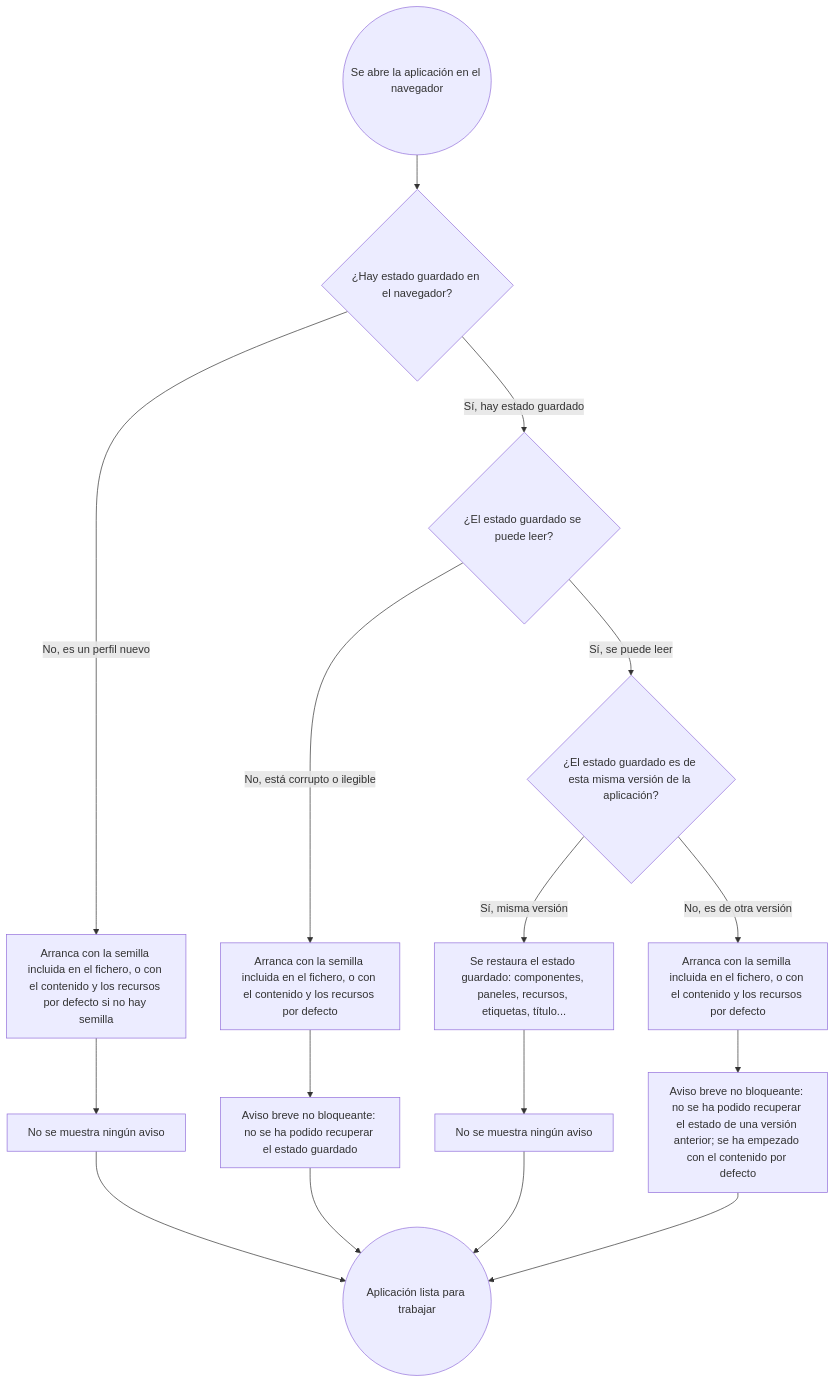
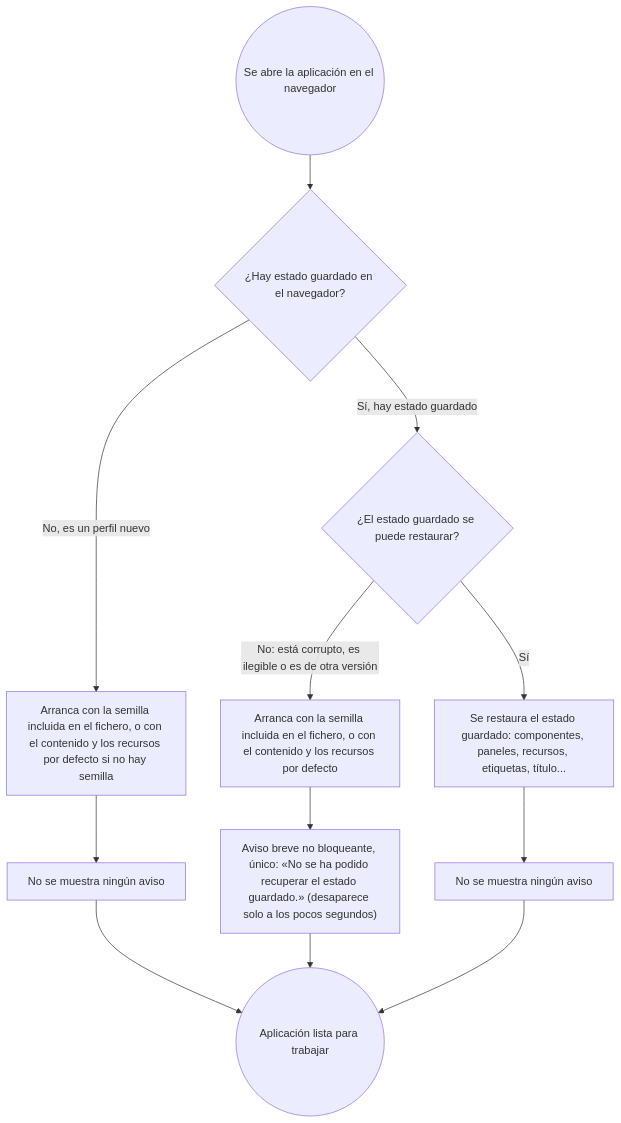
One commit to yeyopepe/bgfactory changed the diagram in previo-sdd/design/docs/features/029-autoguardado-en-el-navegador.md. Above: the diagram before and after it, drawn with Mermaid. The commit also changed other lines of this file and 42 other files, not shown here.

````diff
--- a/previo-sdd/design/docs/features/029-autoguardado-en-el-navegador.md
+++ b/previo-sdd/design/docs/features/029-autoguardado-en-el-navegador.md
@@ -14,24 +13,18 @@
 ```mermaid
 flowchart TD
     Start((Se abre la aplicación en el navegador)) --> Q1{¿Hay estado guardado en el navegador?}
 
     Q1 -->|No, es un perfil nuevo| Seed1[Arranca con la semilla incluida en el fichero, o con el contenido y los recursos por defecto si no hay semilla]
     Seed1 --> Silent1[No se muestra ningún aviso]
     Silent1 --> Ready((Aplicación lista para trabajar))
 
-    Q1 -->|Sí, hay estado guardado| Q2{¿El estado guardado se puede leer?}
+    Q1 -->|Sí, hay estado guardado| Q2{¿El estado guardado se puede restaurar?}
 
-    Q2 -->|No, está corrupto o ilegible| SeedCorrupt[Arranca con la semilla incluida en el fichero, o con el contenido y los recursos por defecto]
-    SeedCorrupt --> ToastCorrupt[Aviso breve no bloqueante: no se ha podido recuperar el estado guardado]
-    ToastCorrupt --> Ready
+    Q2 -->|"No: está corrupto, es ilegible o es de otra versión"| SeedFallback[Arranca con la semilla incluida en el fichero, o con el contenido y los recursos por defecto]
+    SeedFallback --> Toast["Aviso breve no bloqueante, único: «No se ha podido recuperar el estado guardado.» (desaparece solo a los pocos segundos)"]
+    Toast --> Ready
 
-    Q2 -->|Sí, se puede leer| Q3{¿El estado guardado es de esta misma versión de la aplicación?}
-
-    Q3 -->|Sí, misma versión| Restore[Se restaura el estado guardado: componentes, paneles, recursos, etiquetas, título...]
+    Q2 -->|Sí| Restore[Se restaura el estado guardado: componentes, paneles, recursos, etiquetas, título...]
     Restore --> SilentRestore[No se muestra ningún aviso]
     SilentRestore --> Ready
-
-    Q3 -->|No, es de otra versión| SeedOther[Arranca con la semilla incluida en el fichero, o con el contenido y los recursos por defecto]
-    SeedOther --> ToastOther["Aviso breve no bloqueante: no se ha podido recuperar el estado de una versión anterior; se ha empezado con el contenido por defecto"]
-    ToastOther --> Ready
 ```
````
